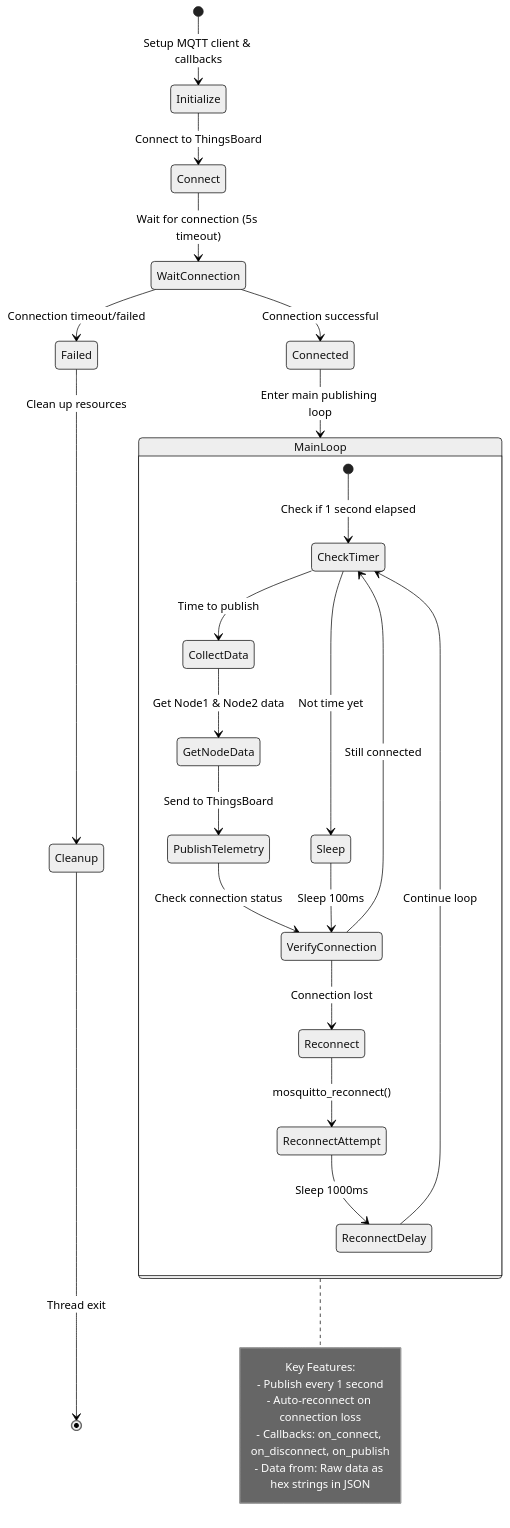
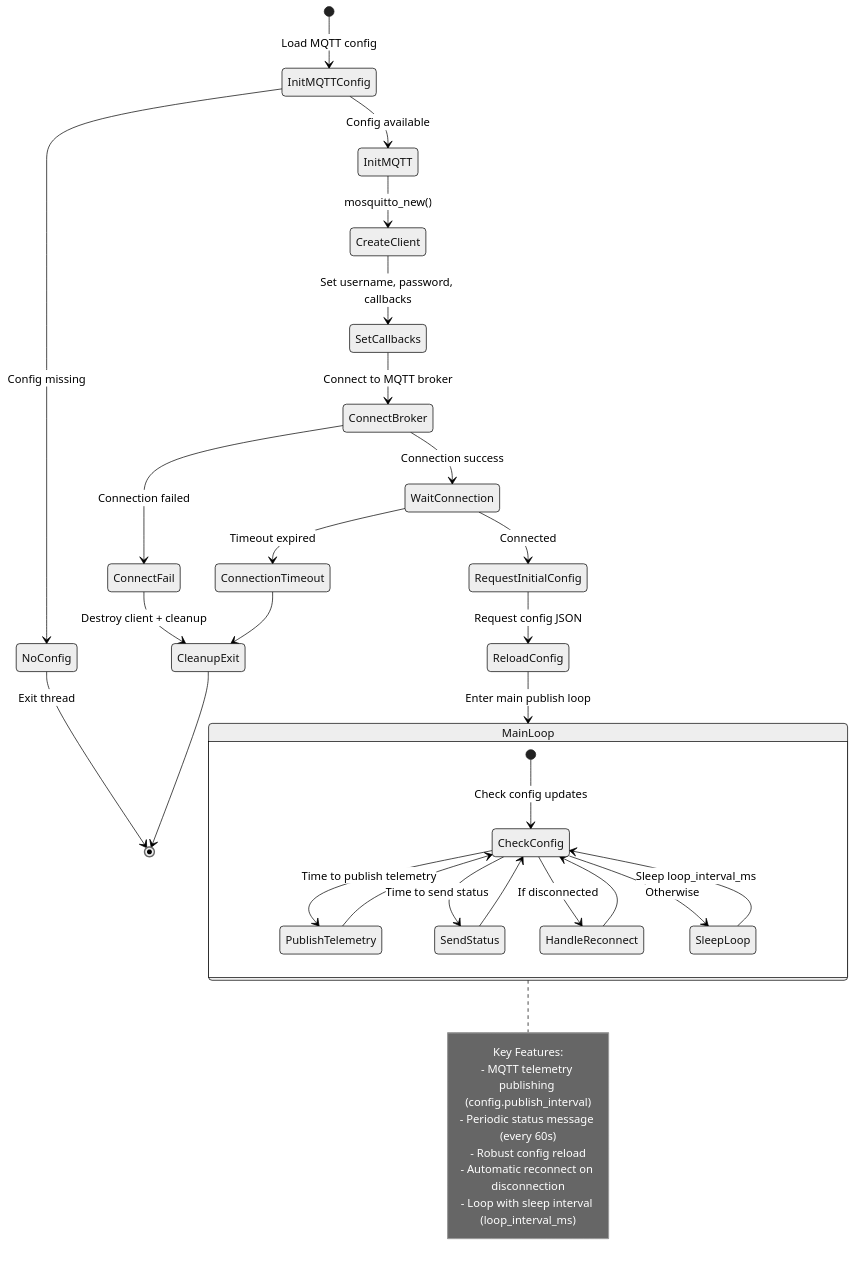
Before and after one commit to hongthiennhan/DATN_Gateway: the fourth of 4 diagrams in README.md, drawn with Mermaid (neutral theme). The commit also changed other lines of this file and 4 other files, not shown here.

````diff
--- a/README.md
+++ b/README.md
@@ -113,42 +121,47 @@
 ```mermaid
 stateDiagram-v2
-    [*] --> Initialize: Setup MQTT client & callbacks
-    Initialize --> Connect: Connect to ThingsBoard
-    Connect --> WaitConnection: Wait for connection (5s timeout)
+    [*] --> InitMQTTConfig: Load MQTT config
+    InitMQTTConfig --> NoConfig: Config missing
+    InitMQTTConfig --> InitMQTT: Config available
     
-    WaitConnection --> Connected: Connection successful
-    WaitConnection --> Failed: Connection timeout/failed
+    NoConfig --> [*]: Exit thread
     
-    Connected --> MainLoop: Enter main publishing loop
+    InitMQTT --> CreateClient: mosquitto_new()
+    CreateClient --> SetCallbacks: Set username, password, callbacks
+    SetCallbacks --> ConnectBroker: Connect to MQTT broker
+    ConnectBroker --> ConnectFail: Connection failed
+    ConnectBroker --> WaitConnection: Connection success
+    
+    ConnectFail --> CleanupExit: Destroy client + cleanup
+    CleanupExit --> [*]
+    
+    WaitConnection --> ConnectionTimeout: Timeout expired
+    WaitConnection --> RequestInitialConfig: Connected
+    
+    ConnectionTimeout --> CleanupExit
+    
+    RequestInitialConfig --> ReloadConfig: Request config JSON
+    ReloadConfig --> MainLoop: Enter main publish loop
     
     state MainLoop {
-        [*] --> CheckTimer: Check if 1 second elapsed
-        CheckTimer --> CollectData: Time to publish
-        CheckTimer --> Sleep: Not time yet
+        [*] --> CheckConfig: Check config updates
+        CheckConfig --> PublishTelemetry: Time to publish telemetry
+        CheckConfig --> SendStatus: Time to send status
+        CheckConfig --> HandleReconnect: If disconnected
+        CheckConfig --> SleepLoop: Otherwise
         
-        CollectData --> GetNodeData: Get Node1 & Node2 data
-        GetNodeData --> PublishTelemetry: Send to ThingsBoard
-        PublishTelemetry --> VerifyConnection: Check connection status
-        
-        Sleep --> VerifyConnection: Sleep 100ms
-        
-        VerifyConnection --> CheckTimer: Still connected
-        VerifyConnection --> Reconnect: Connection lost
-        
-        Reconnect --> ReconnectAttempt: mosquitto_reconnect()
-        ReconnectAttempt --> ReconnectDelay: Sleep 1000ms
-        ReconnectDelay --> CheckTimer: Continue loop
+        PublishTelemetry --> CheckConfig
+        SendStatus --> CheckConfig
+        HandleReconnect --> CheckConfig
+        SleepLoop --> CheckConfig: Sleep loop_interval_ms
     }
-    
-    Failed --> Cleanup: Clean up resources
-    Cleanup --> [*]: Thread exit
     
     note right of MainLoop
         Key Features:
-        - Publish every 1 second
-        - Auto-reconnect on connection loss
-        - Callbacks: on_connect, on_disconnect, on_publish
-        - Data from: Raw data as hex strings in JSON
+        - MQTT telemetry publishing (config.publish_interval)
+        - Periodic status message (every 60s)
+        - Robust config reload
+        - Automatic reconnect on disconnection
+        - Loop with sleep interval (loop_interval_ms)
     end note
-
 ```
````
